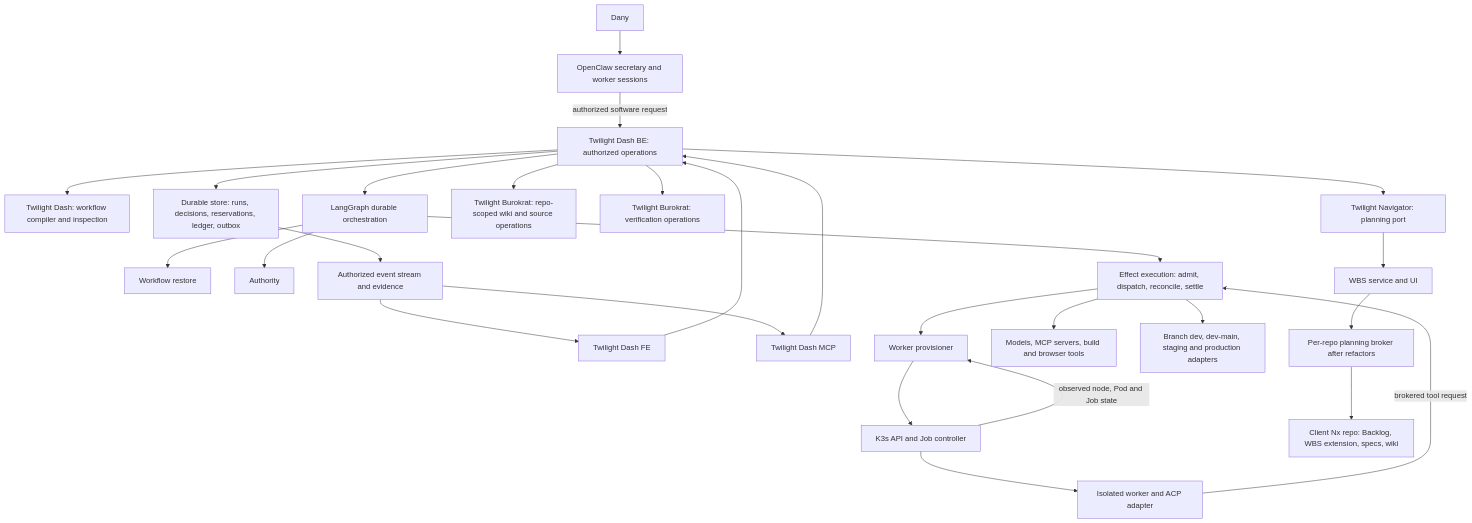
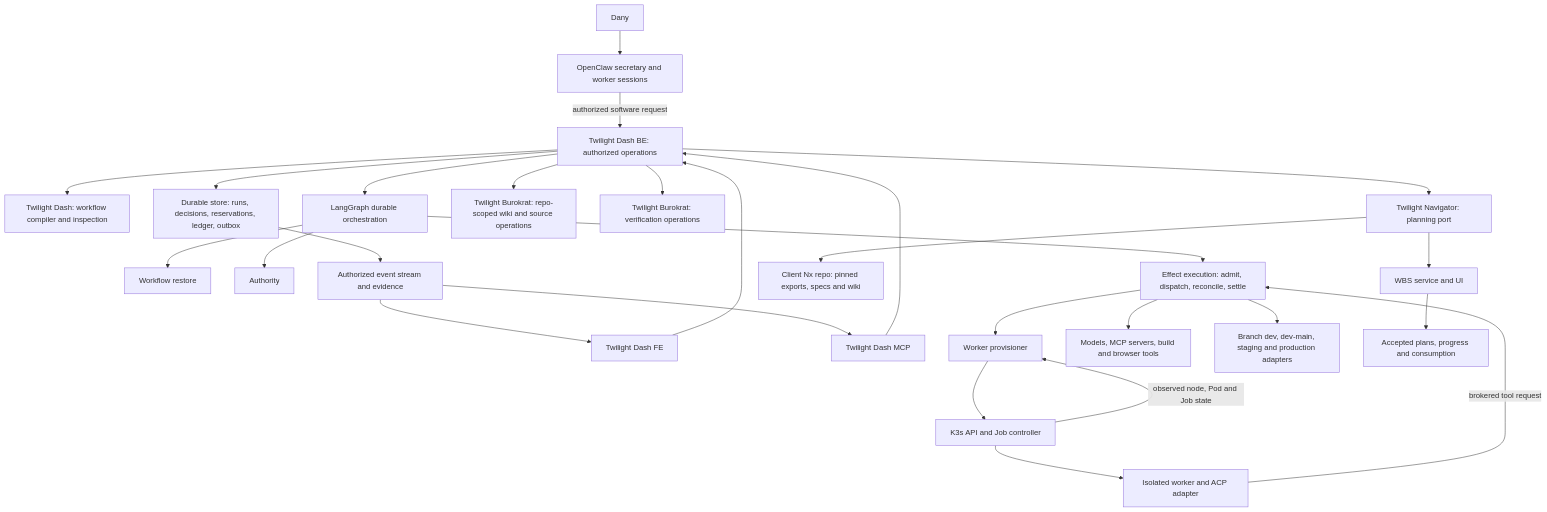
Before and after one commit to Prosperous-Unification/puni-00: the diagram in openspec/changes/twilight-control-plane/design.md, drawn with Mermaid. The commit also changed other lines of this file and 85 other files, not shown here.

Commit message:
Add the WBS accepted plan reference register

````diff
--- a/openspec/changes/twilight-control-plane/design.md
+++ b/openspec/changes/twilight-control-plane/design.md
@@ -17,29 +17,29 @@
 ```mermaid
 flowchart TD
   Person[Dany] --> OpenClaw[OpenClaw secretary and worker sessions]
   OpenClaw -- authorized software request --> API
   FE[Twilight Dash FE] --> API[Twilight Dash BE: authorized operations]
   MCP[Twilight Dash MCP] --> API
   API --> Compiler[Twilight Dash: workflow compiler and inspection]
   API --> Store[Durable store: runs, decisions, reservations, ledger, outbox]
   API --> Graph[LangGraph durable orchestration]
   Graph --> Restore[Workflow restore]
   Graph --> Authority
   Graph --> Effects[Effect execution: admit, dispatch, reconcile, settle]
   Effects --> Provisioning[Worker provisioner]
   Provisioning --> K3s[K3s API and Job controller]
   K3s --> Worker[Isolated worker and ACP adapter]
   K3s -- observed node, Pod and Job state --> Provisioning
   Worker -- brokered tool request --> Effects
   Effects --> External[Models, MCP servers, build and browser tools]
   Effects --> Environments[Branch dev, dev-main, staging and production adapters]
   API --> Knowledge[Twilight Burokrat: repo-scoped wiki and source operations]
   API --> Verification[Twilight Burokrat: verification operations]
   API --> Planning[Twilight Navigator: planning port]
   Planning --> WBS[WBS service and UI]
-  WBS --> Broker[Per-repo planning broker after refactors]
-  Broker --> Repo[Client Nx repo: Backlog, WBS extension, specs, wiki]
+  WBS --> SQLite[Accepted plans, progress and consumption]
+  Planning --> Repo[Client Nx repo: pinned exports, specs and wiki]
   Store --> Events[Authorized event stream and evidence]
   Events --> FE
   Events --> MCP
 ```
````
